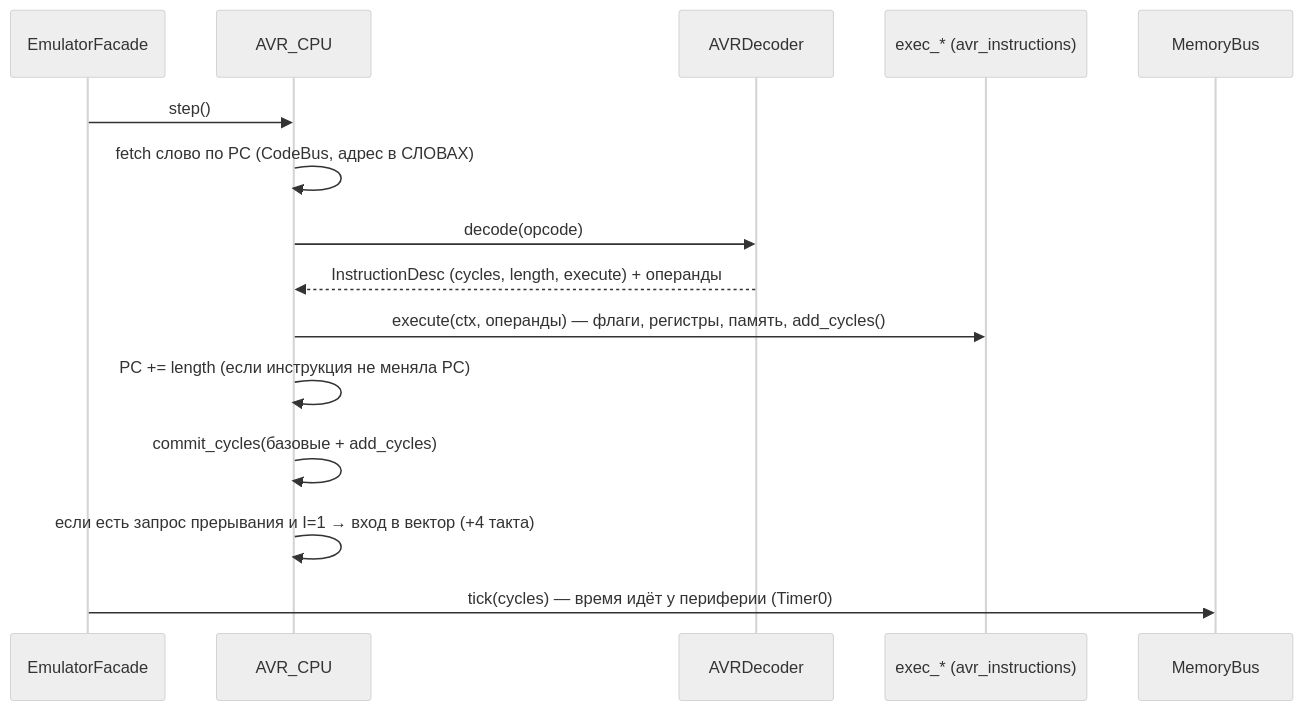
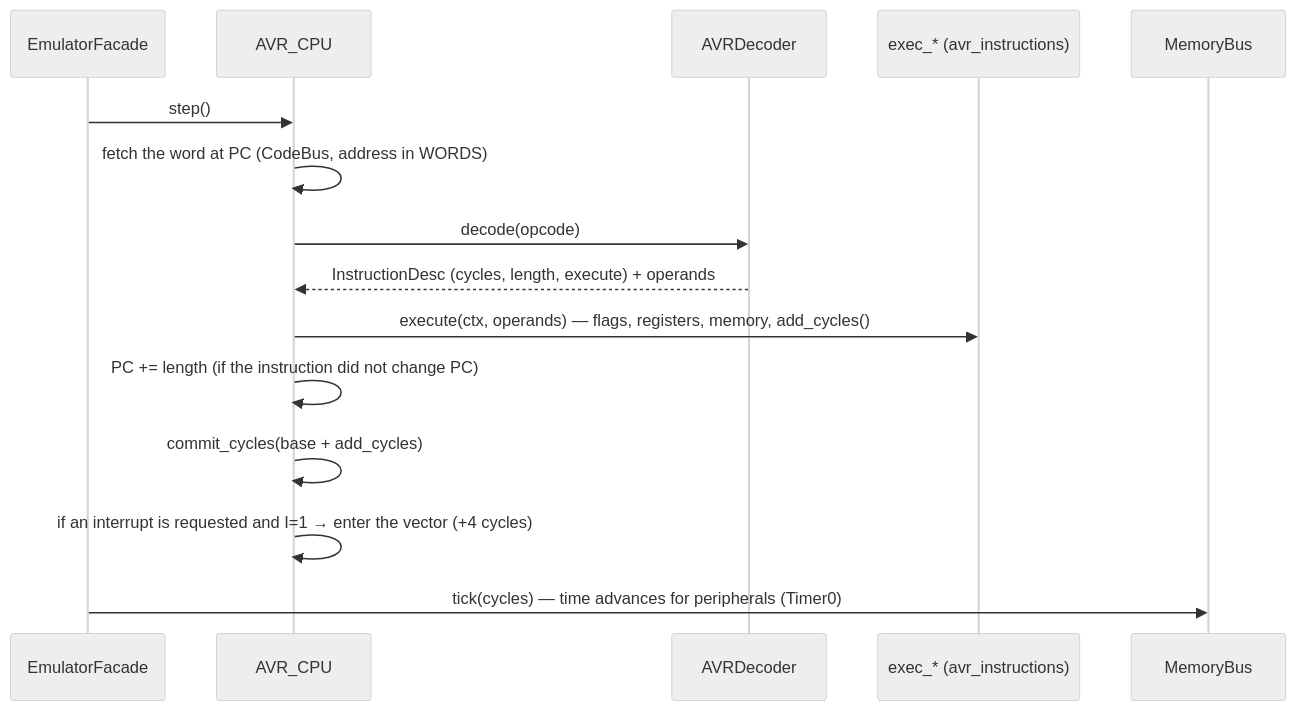
One commit to Geger-Metov/microcontroller-emulator changed the second of 2 diagrams in docs/architecture.md. Above: the diagram before and after it, drawn with Mermaid (neutral theme). The commit also changed other lines of this file and 10 other files, not shown here.

````diff
--- a/docs/architecture.md
+++ b/docs/architecture.md
@@ -51,17 +52,17 @@
 ```mermaid
 sequenceDiagram
   participant F as EmulatorFacade
   participant C as AVR_CPU
   participant D as AVRDecoder
   participant X as exec_* (avr_instructions)
   participant B as MemoryBus
   F->>C: step()
-  C->>C: fetch слово по PC (CodeBus, адрес в СЛОВАХ)
+  C->>C: fetch the word at PC (CodeBus, address in WORDS)
   C->>D: decode(opcode)
-  D-->>C: InstructionDesc (cycles, length, execute) + операнды
-  C->>X: execute(ctx, операнды) — флаги, регистры, память, add_cycles()
-  C->>C: PC += length (если инструкция не меняла PC)
-  C->>C: commit_cycles(базовые + add_cycles)
-  C->>C: если есть запрос прерывания и I=1 → вход в вектор (+4 такта)
-  F->>B: tick(cycles) — время идёт у периферии (Timer0)
+  D-->>C: InstructionDesc (cycles, length, execute) + operands
+  C->>X: execute(ctx, operands) — flags, registers, memory, add_cycles()
+  C->>C: PC += length (if the instruction did not change PC)
+  C->>C: commit_cycles(base + add_cycles)
+  C->>C: if an interrupt is requested and I=1 → enter the vector (+4 cycles)
+  F->>B: tick(cycles) — time advances for peripherals (Timer0)
 ```
````
